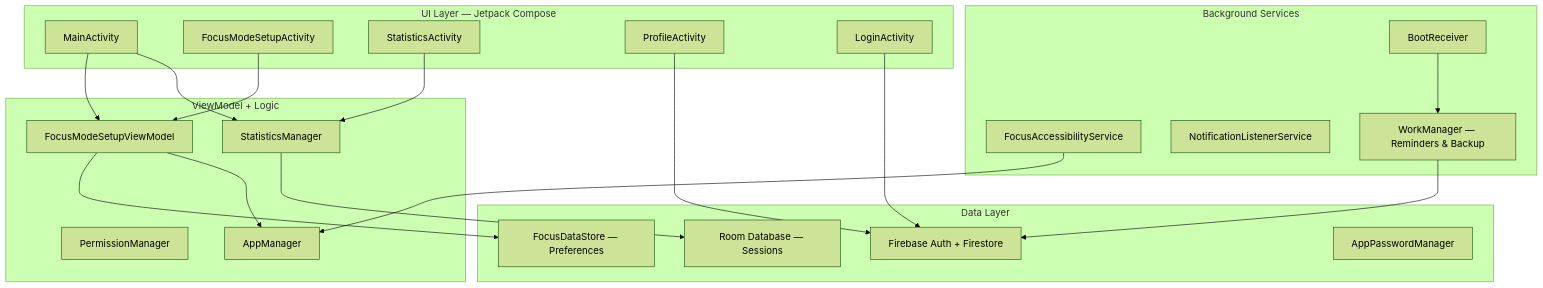
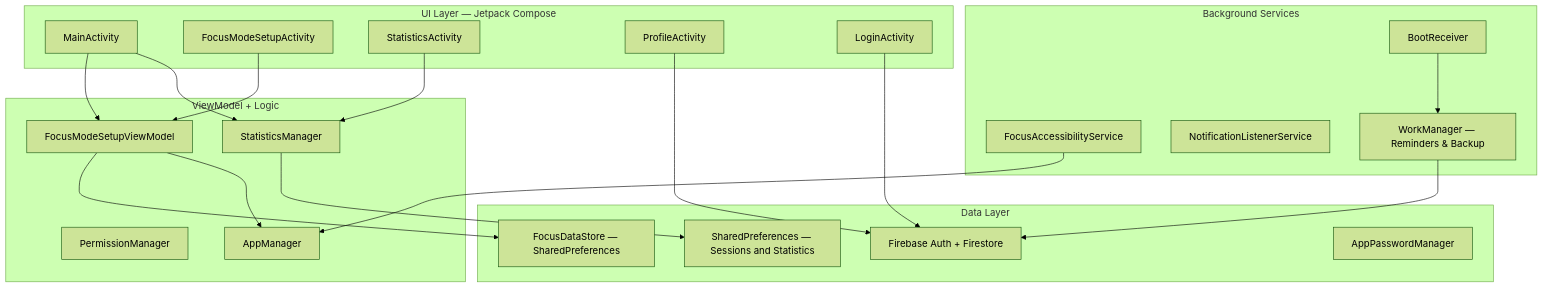
The diagram in README.md (WelcomeLegend-Git/mindvault), drawn with Mermaid (forest theme) before and after one commit. The commit also changed other lines of this file and 64 other files, not shown here.

Commit message:
feat: Release v3.4.0 (Build 11) - Security audit fixes, architecture hardening, and comprehensive test suite

````diff
--- a/README.md
+++ b/README.md
@@ -46,42 +48,42 @@
 ```mermaid
 graph TB
     subgraph Presentation["UI Layer — Jetpack Compose"]
         MA[MainActivity]
         FM[FocusModeSetupActivity]
         SA[StatisticsActivity]
         PA[ProfileActivity]
         LA[LoginActivity]
     end
 
     subgraph Domain["ViewModel + Logic"]
         VM[FocusModeSetupViewModel]
         SM[StatisticsManager]
         PM[PermissionManager]
         AM[AppManager]
     end
 
     subgraph Data["Data Layer"]
-        DS[FocusDataStore — Preferences]
-        RM[Room Database — Sessions]
+        DS[FocusDataStore — SharedPreferences]
+        SP[SharedPreferences — Sessions and Statistics]
         FS[Firebase Auth + Firestore]
         APM[AppPasswordManager]
     end
 
     subgraph Services["Background Services"]
         FG[FocusAccessibilityService]
         NL[NotificationListenerService]
         WM[WorkManager — Reminders & Backup]
         BR[BootReceiver]
     end
 
     MA --> VM --> DS
-    MA --> SM --> RM
+    MA --> SM --> SP
     SA --> SM
     PA --> FS
     LA --> FS
     FM --> VM
     VM --> AM
     FG --> AM
     WM --> FS
     BR --> WM
 ```
````
